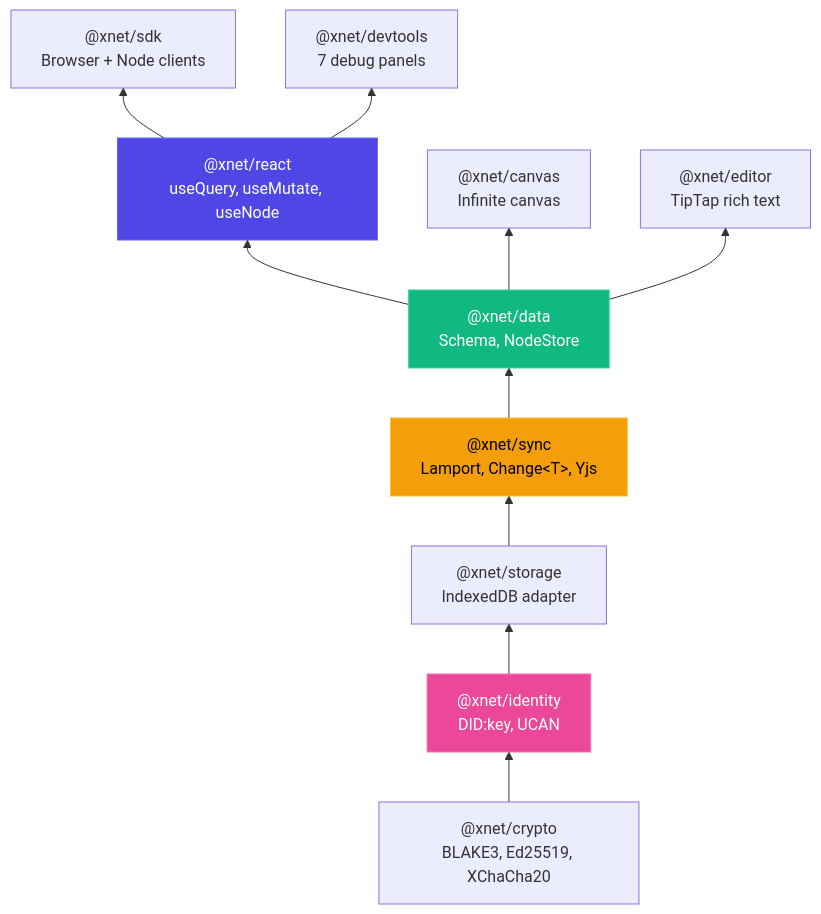
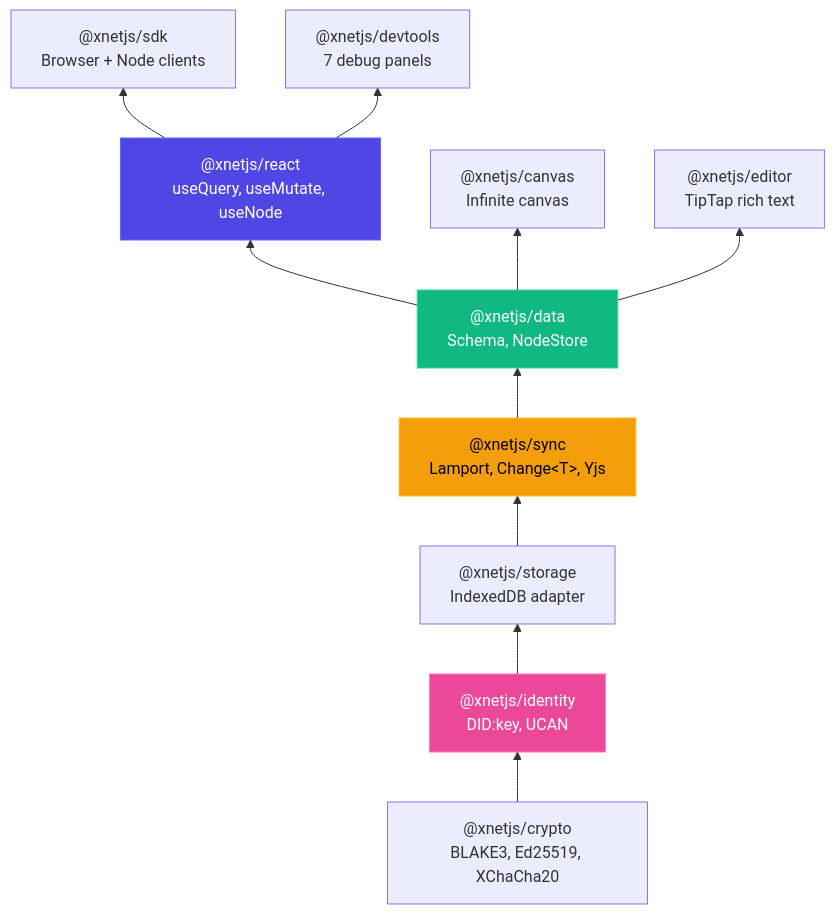
The fifth of 11 diagrams in docs/explorations/0046_[x]_DOCS_SITE.md (crs48/xNet), drawn with Mermaid before and after one commit. The commit also changed other lines of this file and 980 other files, not shown here.

````diff
--- a/docs/explorations/0046_[x]_DOCS_SITE.md
+++ b/docs/explorations/0046_[x]_DOCS_SITE.md
@@ -832,28 +832,28 @@
 ```mermaid
 graph BT
-    crypto["@xnet/crypto<br/>BLAKE3, Ed25519, XChaCha20"]
-    identity["@xnet/identity<br/>DID:key, UCAN"]
-    storage["@xnet/storage<br/>IndexedDB adapter"]
-    sync["@xnet/sync<br/>Lamport, Change&lt;T&gt;, Yjs"]
-    data["@xnet/data<br/>Schema, NodeStore"]
-    react["@xnet/react<br/>useQuery, useMutate, useNode"]
-    sdk["@xnet/sdk<br/>Browser + Node clients"]
-    canvas["@xnet/canvas<br/>Infinite canvas"]
-    editor["@xnet/editor<br/>TipTap rich text"]
-    devtools["@xnet/devtools<br/>7 debug panels"]
+    crypto["@xnetjs/crypto<br/>BLAKE3, Ed25519, XChaCha20"]
+    identity["@xnetjs/identity<br/>DID:key, UCAN"]
+    storage["@xnetjs/storage<br/>IndexedDB adapter"]
+    sync["@xnetjs/sync<br/>Lamport, Change&lt;T&gt;, Yjs"]
+    data["@xnetjs/data<br/>Schema, NodeStore"]
+    react["@xnetjs/react<br/>useQuery, useMutate, useNode"]
+    sdk["@xnetjs/sdk<br/>Browser + Node clients"]
+    canvas["@xnetjs/canvas<br/>Infinite canvas"]
+    editor["@xnetjs/editor<br/>TipTap rich text"]
+    devtools["@xnetjs/devtools<br/>7 debug panels"]
 
     crypto --> identity
     identity --> storage
     storage --> sync
     sync --> data
     data --> react
     react --> sdk
     data --> canvas
     data --> editor
     react --> devtools
 
     style react fill:#4f46e5,stroke:#6366f1,color:#fff
     style data fill:#10b981,stroke:#34d399,color:#fff
     style sync fill:#f59e0b,stroke:#fbbf24,color:#000
     style identity fill:#ec4899,stroke:#f472b6,color:#fff
 ```
````
